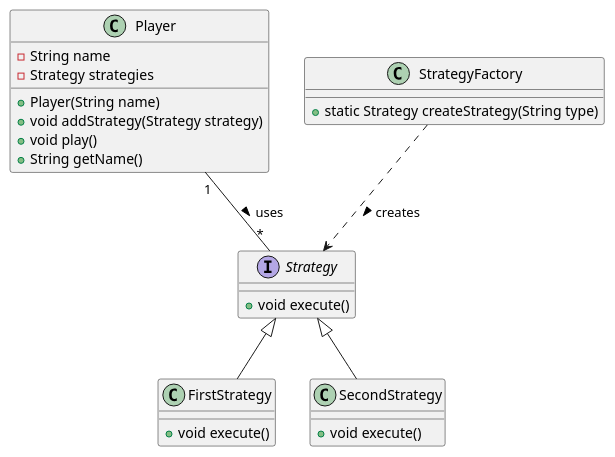
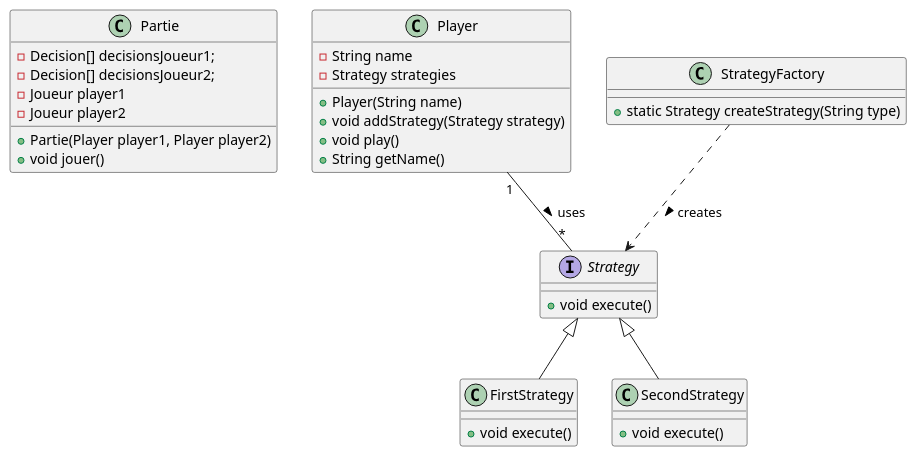
One commit to l3miage-pichouda/prisonners-dilemma-back changed the diagram in uml.wsd. Above: the diagram before and after it, drawn with PlantUML. The commit also changed 10 other files, not shown here.

```diff
--- a/uml.wsd
+++ b/uml.wsd
@@ -1,31 +1,41 @@
 @startuml
+
+class Partie {
+    - Decision[] decisionsJoueur1;
+    - Decision[] decisionsJoueur2;
+    - Joueur player1
+    - Joueur player2
+    + Partie(Player player1, Player player2)
+    + void jouer()
+}
+
 class Player {
     - String name
     - Strategy strategies
     + Player(String name)
     + void addStrategy(Strategy strategy)
     + void play()
     + String getName()
 }
 
 interface Strategy {
     + void execute()
 }
 
 class FirstStrategy {
     + void execute()
 }
 
 class SecondStrategy {
     + void execute()
 }
 
 class StrategyFactory {
     + static Strategy createStrategy(String type)
 }
 
 Player "1" -- "*" Strategy : uses >
 Strategy <|-- FirstStrategy
 Strategy <|-- SecondStrategy
 StrategyFactory ..> Strategy : creates >
 @enduml
```
